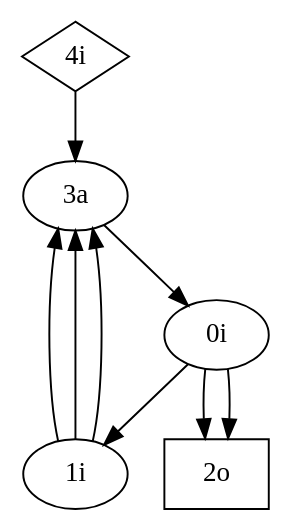
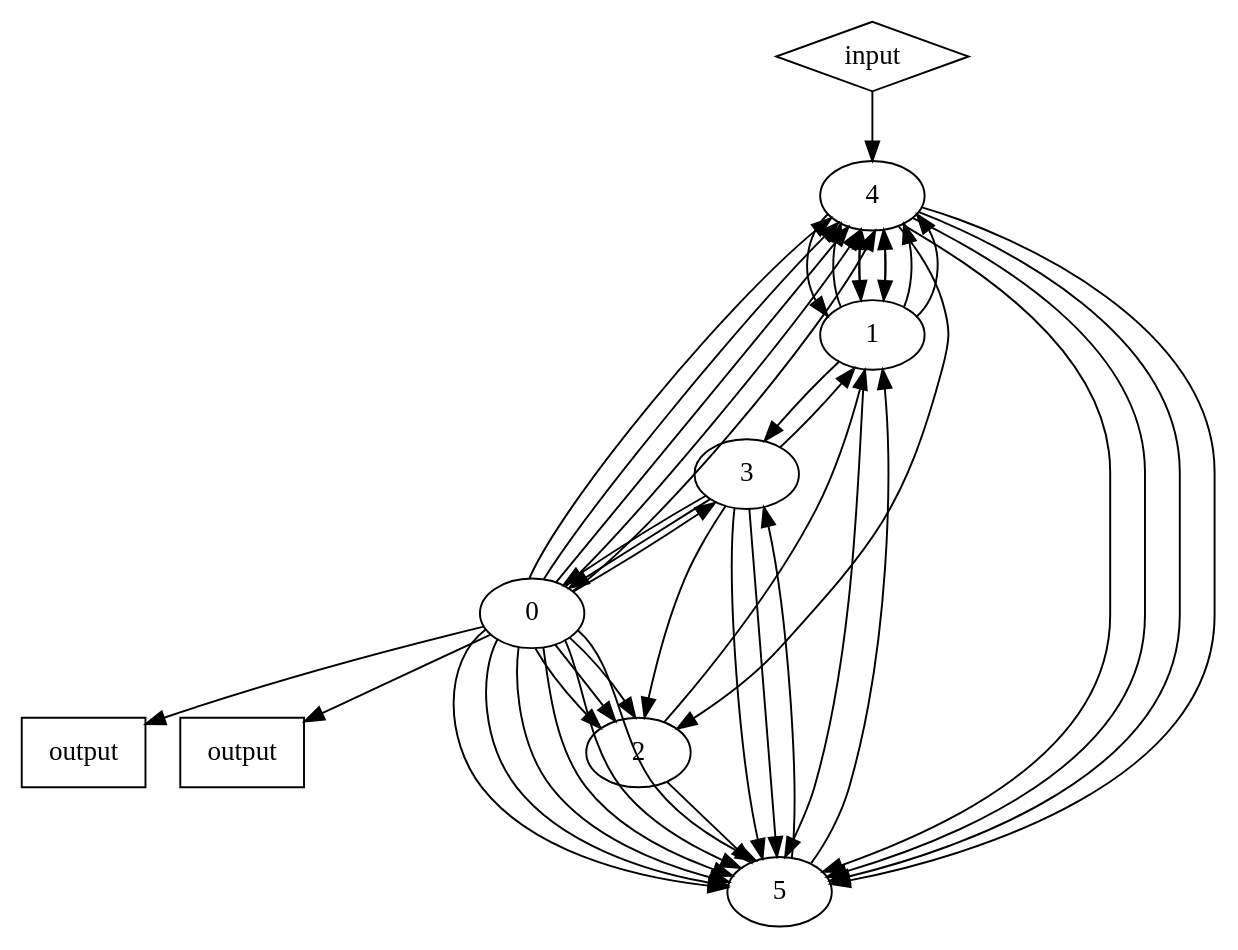
The diagram in dot.dot (DobbiKov/open_digraph_lib), drawn with Graphviz before and after one commit. The commit also changed 4 other files, not shown here.

```diff
--- a/dot.dot
+++ b/dot.dot
@@ -1,21 +1,60 @@
 digraph G{
 subgraph inputs{
 rank=same;
-v4 [label="4i" shape=diamond]
+v6 [label="input" shape=diamond]
 }
 subgraph outputs{
 rank=same;
-v2 [label="2o" shape=box]
+v7 [label="output" shape=box]
+v8 [label="output" shape=box]
 }
-v0 [label="0i" ]
-v1 [label="1i" ]
-v3 [label="3a" ]
-v0 -> v1;
+v0 [label="0" ]
+v1 [label="1" ]
+v2 [label="2" ]
+v3 [label="3" ]
+v4 [label="4" ]
+v5 [label="5" ]
 v0 -> v2;
 v0 -> v2;
+v0 -> v2;
+v0 -> v3;
+v0 -> v4;
+v0 -> v4;
+v0 -> v4;
+v0 -> v4;
+v0 -> v4;
+v0 -> v5;
+v0 -> v5;
+v0 -> v5;
+v0 -> v5;
+v0 -> v5;
+v0 -> v5;
+v0 -> v7;
+v0 -> v8;
 v1 -> v3;
-v1 -> v3;
-v1 -> v3;
+v1 -> v4;
+v1 -> v4;
+v1 -> v4;
+v1 -> v4;
+v1 -> v4;
+v1 -> v5;
+v2 -> v1;
+v2 -> v5;
 v3 -> v0;
-v4 -> v3;
+v3 -> v0;
+v3 -> v1;
+v3 -> v2;
+v3 -> v5;
+v3 -> v5;
+v4 -> v1;
+v4 -> v1;
+v4 -> v1;
+v4 -> v2;
+v4 -> v5;
+v4 -> v5;
+v4 -> v5;
+v4 -> v5;
+v5 -> v1;
+v5 -> v3;
+v6 -> v4;
 }
```
